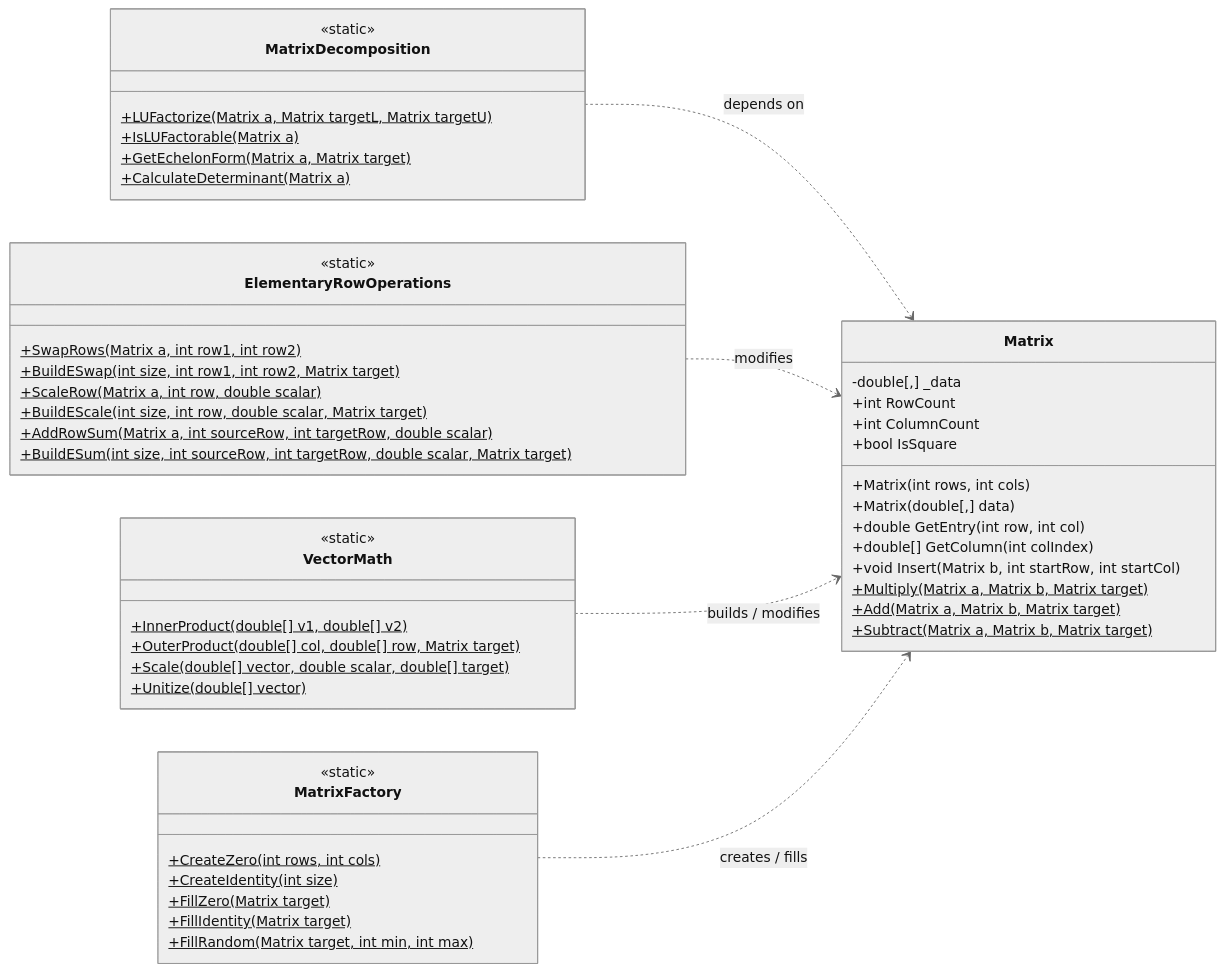
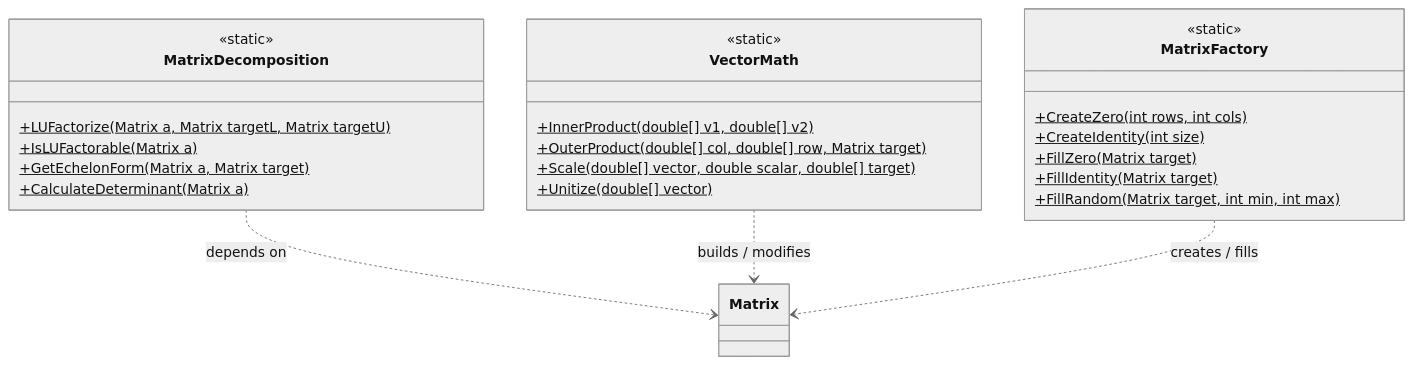
The second of 2 diagrams in final/FinalProject/README.md (parkerd3/CSE_2.electric_boogaloo), drawn with Mermaid (neutral theme) before and after one commit. The commit also changed other lines of this file and 15 other files, not shown here.

Commit message:
Did a lot of stuff with the matrix class, and finished the class diagram

````diff
--- a/final/FinalProject/README.md
+++ b/final/FinalProject/README.md
@@ -35,58 +82,32 @@
 ```mermaid
 classDiagram
-direction LR
-    class Matrix {
-        -double[,] _data
-        +int RowCount
-        +int ColumnCount
-        +bool IsSquare
-        +Matrix(int rows, int cols)
-        +Matrix(double[,] data)
-        +double GetEntry(int row, int col)
-        +double[] GetColumn(int colIndex)
-        +void Insert(Matrix b, int startRow, int startCol)
-        +Multiply(Matrix a, Matrix b, Matrix target)$
-        +Add(Matrix a, Matrix b, Matrix target)$
-        +Subtract(Matrix a, Matrix b, Matrix target)$
-    }
 
     class MatrixDecomposition {
         <<static>>
         +LUFactorize(Matrix a, Matrix targetL, Matrix targetU)$
         +IsLUFactorable(Matrix a)$
         +GetEchelonForm(Matrix a, Matrix target)$
         +CalculateDeterminant(Matrix a)$
-    }
-
-    class ElementaryRowOperations {
-        <<static>>
-        +SwapRows(Matrix a, int row1, int row2)$
-        +BuildESwap(int size, int row1, int row2, Matrix target)$
-        +ScaleRow(Matrix a, int row, double scalar)$
-        +BuildEScale(int size, int row, double scalar, Matrix target)$
-        +AddRowSum(Matrix a, int sourceRow, int targetRow, double scalar)$
-        +BuildESum(int size, int sourceRow, int targetRow, double scalar, Matrix target)$
     }
 
     class VectorMath {
         <<static>>
         +InnerProduct(double[] v1, double[] v2)$
         +OuterProduct(double[] col, double[] row, Matrix target)$
         +Scale(double[] vector, double scalar, double[] target)$
         +Unitize(double[] vector)$
     }
 
     class MatrixFactory {
         <<static>>
         +CreateZero(int rows, int cols)$
         +CreateIdentity(int size)$
         +FillZero(Matrix target)$
         +FillIdentity(Matrix target)$
         +FillRandom(Matrix target, int min, int max)$
     }
 
     MatrixDecomposition ..> Matrix : depends on
-    ElementaryRowOperations ..> Matrix : modifies
     VectorMath ..> Matrix : builds / modifies
     MatrixFactory ..> Matrix : creates / fills
 ```
````
